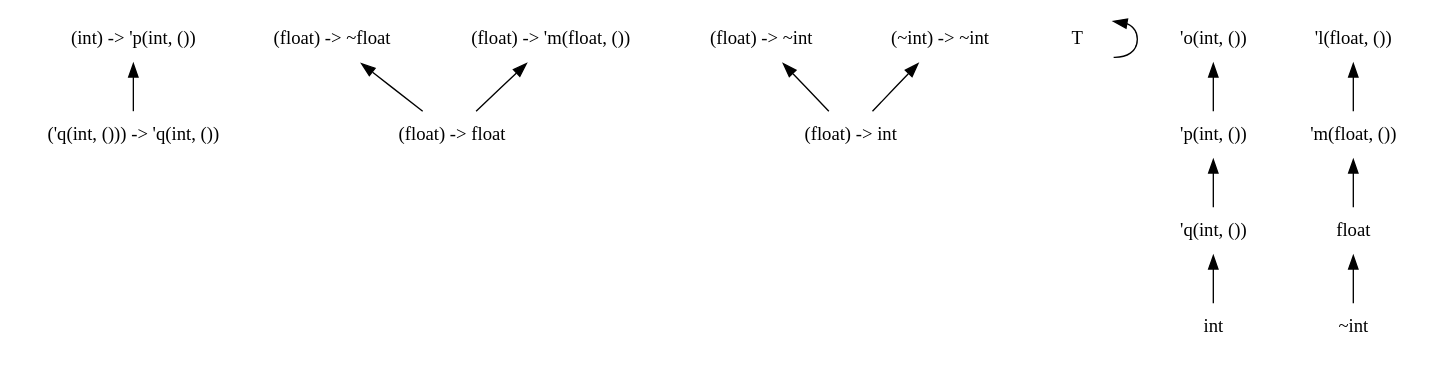
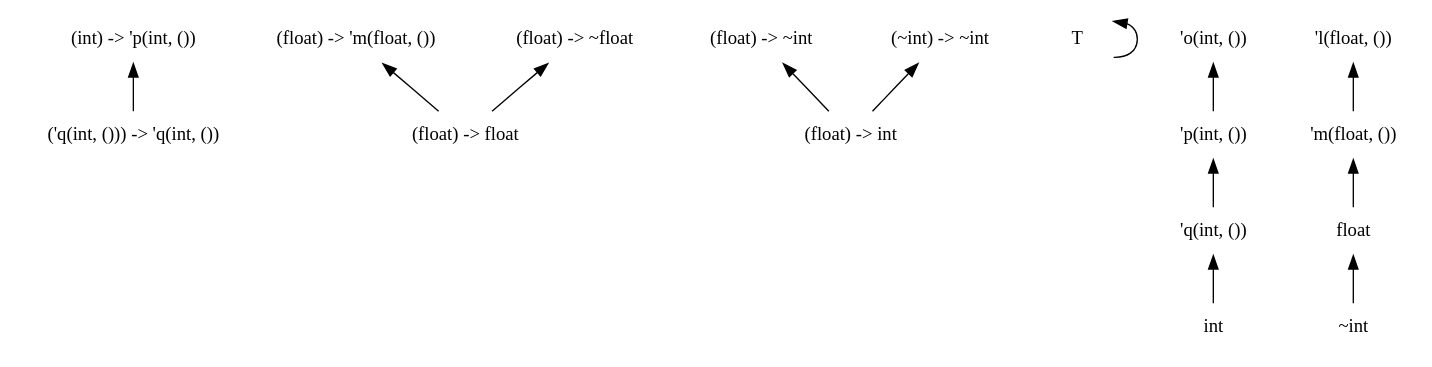
Before and after one commit to chocobo333/regino: the diagram in dots/8.dot, drawn with Graphviz. The commit also changed other lines of this file and 40 other files, not shown here.

```diff
--- a/dots/8.dot
+++ b/dots/8.dot
@@ -1,40 +1,40 @@
 digraph order {
   graph [
     size = "30,10"
     ];
   node [
     shape = none
     ];
   edge [
     dir = back
     ];
   "('q(int, ())) -> 'q(int, ())"
-  "(float) -> ~float"
+  "(float) -> 'm(float, ())"
   "(int) -> 'p(int, ())"
   "(float) -> ~int"
   "(~int) -> ~int"
-  "(float) -> 'm(float, ())"
+  "(float) -> ~float"
   "T"
   "'p(int, ())"
   "'q(int, ())"
   "'m(float, ())"
   "'o(int, ())"
   "'l(float, ())"
   "float"
   "int"
   "~int"
   "(float) -> int"
   "(float) -> float"
   "(~int) -> ~int" -> "(float) -> int"
+  "(float) -> ~float" -> "(float) -> float"
   "(float) -> 'm(float, ())" -> "(float) -> float"
-  "(float) -> ~float" -> "(float) -> float"
   "T" -> "T"
   "float" -> "~int"
   "'o(int, ())" -> "'p(int, ())"
   "'q(int, ())" -> "int"
   "'p(int, ())" -> "'q(int, ())"
   "'l(float, ())" -> "'m(float, ())"
   "'m(float, ())" -> "float"
   "(int) -> 'p(int, ())" -> "('q(int, ())) -> 'q(int, ())"
   "(float) -> ~int" -> "(float) -> int"
 }
```
